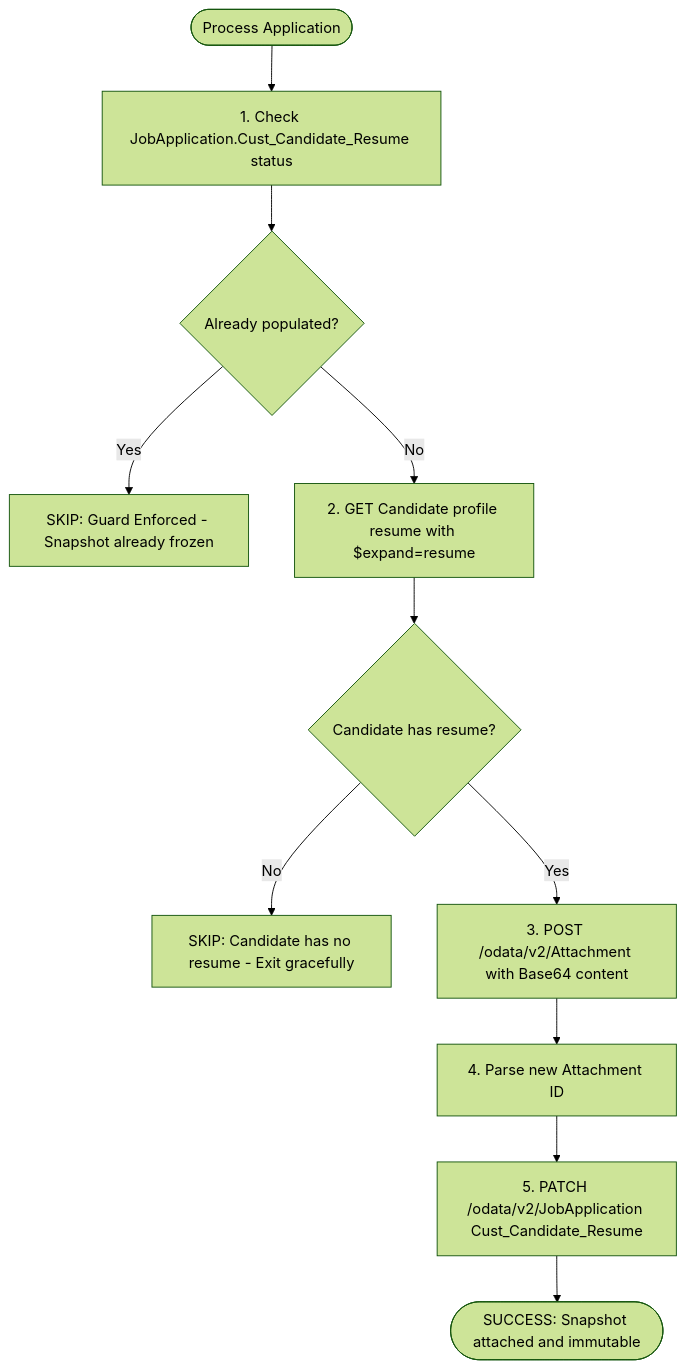
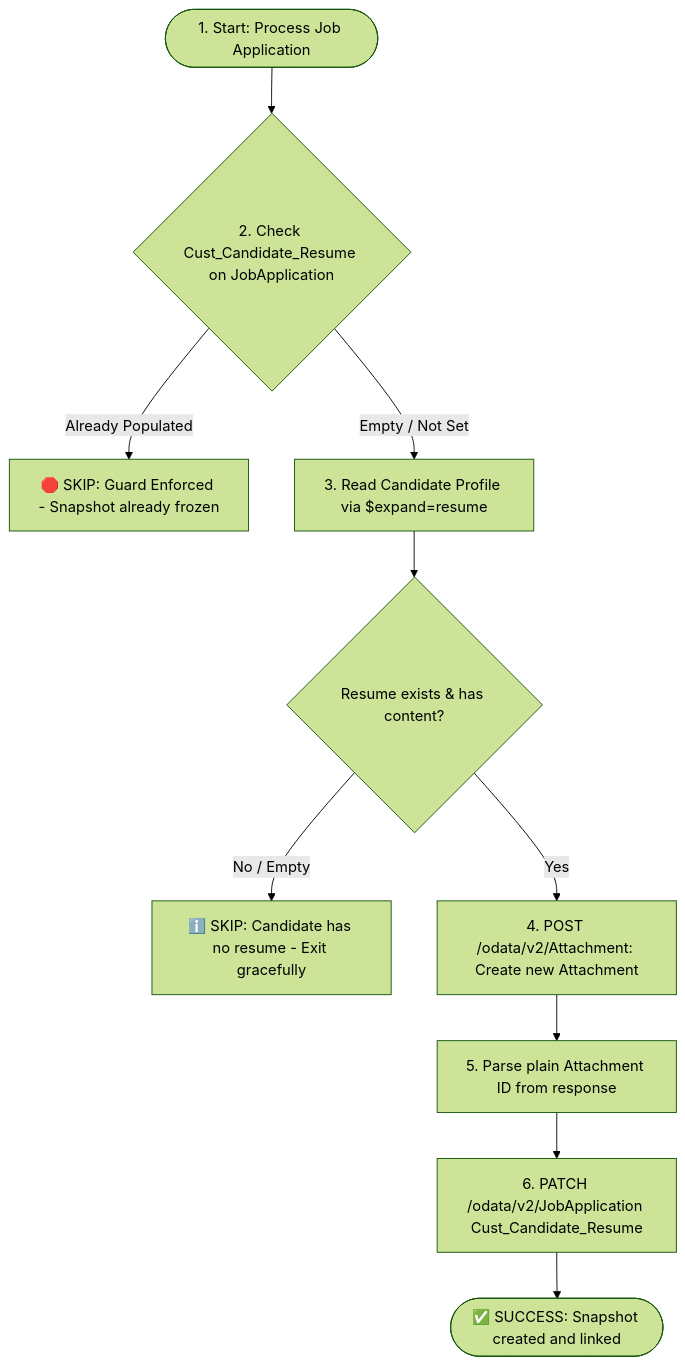
One commit to vanshaj8/SF_Resume_Move changed the diagram in README.md. Above: the diagram before and after it, drawn with Mermaid (forest theme). The commit also changed other lines of this file, not shown here.

Commit message:
docs: Expand README with comprehensive execution guide and GitHub documentation

````diff
--- a/README.md
+++ b/README.md
@@ -17,13 +32,14 @@
 ```mermaid
 flowchart TD
-    Start([Process Application]) --> Step1[1. Check JobApplication.Cust_Candidate_Resume status]
-    Step1 --> CheckPopulated{Already populated?}
-    CheckPopulated -- Yes --> SkipGuard[SKIP: Guard Enforced - Snapshot already frozen]
-    CheckPopulated -- No --> Step2[2. GET Candidate profile resume with $expand=resume]
-    Step2 --> CheckResume{Candidate has resume?}
-    CheckResume -- No --> SkipNoResume[SKIP: Candidate has no resume - Exit gracefully]
-    CheckResume -- Yes --> Step3[3. POST /odata/v2/Attachment with Base64 content]
-    Step3 --> Step4[4. Parse new Attachment ID]
-    Step4 --> Step5[5. PATCH /odata/v2/JobApplication Cust_Candidate_Resume]
-    Step5 --> Done([SUCCESS: Snapshot attached and immutable])
+    Start([1. Start: Process Job Application]) --> GuardCheck{2. Check Cust_Candidate_Resume on JobApplication}
+    GuardCheck -- Already Populated --> SkipGuard[🛑 SKIP: Guard Enforced - Snapshot already frozen]
+    GuardCheck -- Empty / Not Set --> ReadCandidate[3. Read Candidate Profile via $expand=resume]
+    
+    ReadCandidate --> ResumeCheck{Resume exists & has content?}
+    ResumeCheck -- No / Empty --> SkipNoResume[ℹ️ SKIP: Candidate has no resume - Exit gracefully]
+    ResumeCheck -- Yes --> CreateAttachment[4. POST /odata/v2/Attachment: Create new Attachment]
+    
+    CreateAttachment --> ParseID[5. Parse plain Attachment ID from response]
+    ParseID --> LinkApp[6. PATCH /odata/v2/JobApplication Cust_Candidate_Resume]
+    LinkApp --> Success([✅ SUCCESS: Snapshot created and linked])
 ```
````
